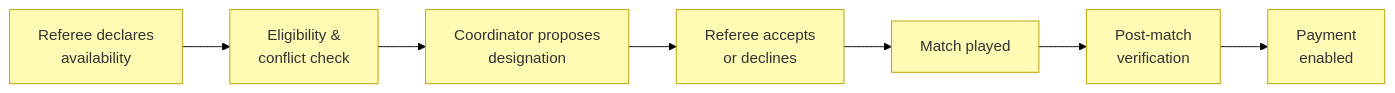
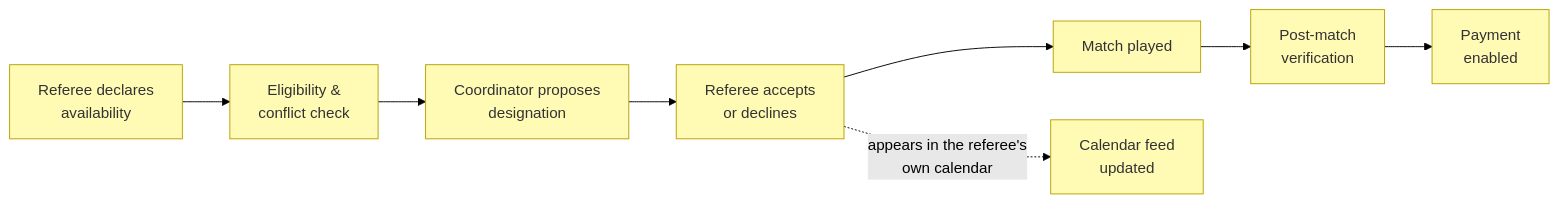
One commit to DataME2/ia-architect changed the sixth of 10 diagrams in docs/ea/2_business/3_business-processes.md. Above: the diagram before and after it, drawn with Mermaid (forest theme). The commit also changed other lines of this file and 10 other files, not shown here.

First line of the commit message:
docs: add calendar distribution for referee appointments (C13)

````diff
--- a/docs/ea/2_business/3_business-processes.md
+++ b/docs/ea/2_business/3_business-processes.md
@@ -143,14 +143,15 @@
 ```mermaid
 flowchart LR
   avail["Referee declares<br>availability"]:::business
   eligible["Eligibility &<br>conflict check"]:::business
   propose["Coordinator proposes<br>designation"]:::business
   respond["Referee accepts<br>or declines"]:::business
   play["Match played"]:::business
   verify["Post-match<br>verification"]:::business
   pay["Payment<br>enabled"]:::business
 
   avail --> eligible --> propose --> respond --> play --> verify --> pay
+  respond -.->|appears in the referee's<br>own calendar| calendar["Calendar feed<br>updated"]:::business
 
   classDef business fill:#fffbb5,stroke:#b8a200,color:#333
 ```
````
